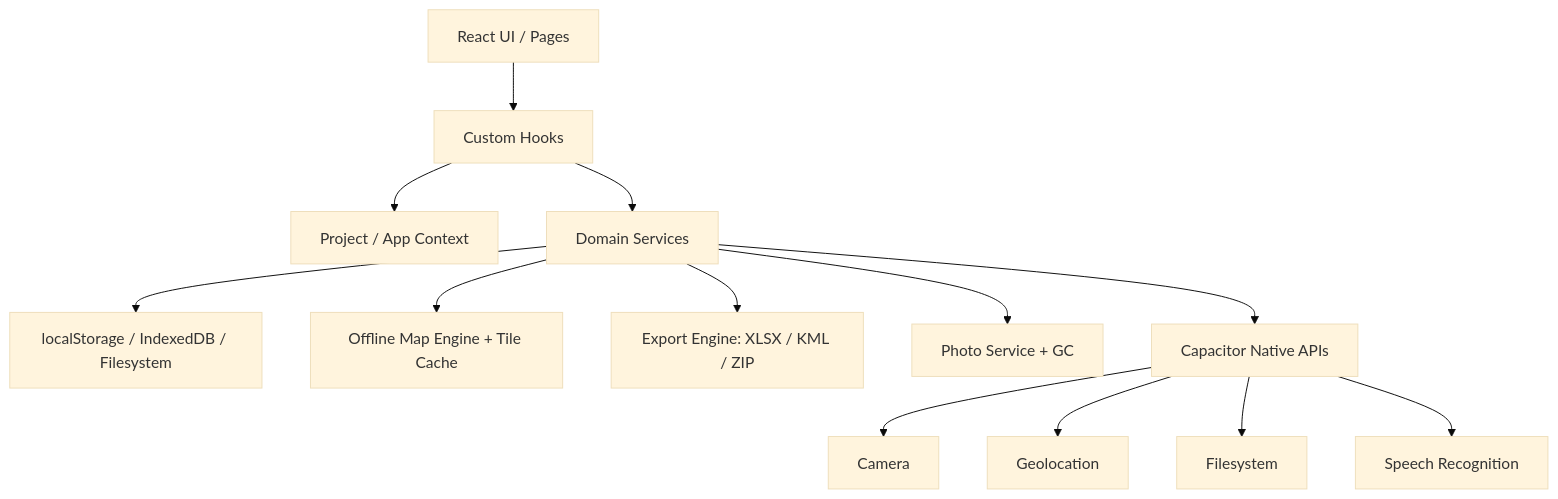
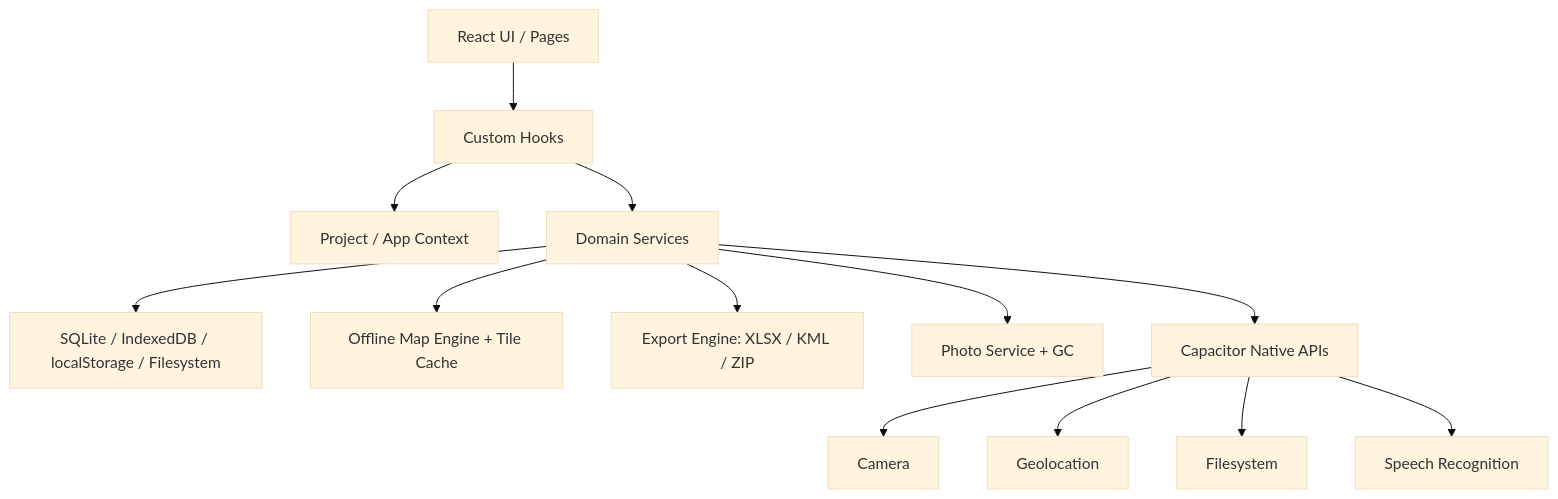
The first of 2 diagrams in README.md (UMaRzHaN/leak-tracking), drawn with Mermaid (base theme) before and after one commit. The commit also changed other lines of this file, not shown here.

````diff
--- a/README.md
+++ b/README.md
@@ -607,17 +735,17 @@
 ```mermaid
 flowchart TD
     UI[React UI / Pages] --> Hooks[Custom Hooks]
     Hooks --> Context[Project / App Context]
     Hooks --> Services[Domain Services]
 
-    Services --> Storage[localStorage / IndexedDB / Filesystem]
+    Services --> Storage[SQLite / IndexedDB / localStorage / Filesystem]
     Services --> Maps[Offline Map Engine + Tile Cache]
     Services --> Export[Export Engine: XLSX / KML / ZIP]
     Services --> Photo[Photo Service + GC]
     Services --> Native[Capacitor Native APIs]
 
     Native --> Camera[Camera]
     Native --> Geo[Geolocation]
     Native --> FS[Filesystem]
     Native --> Speech[Speech Recognition]
 ```
````
